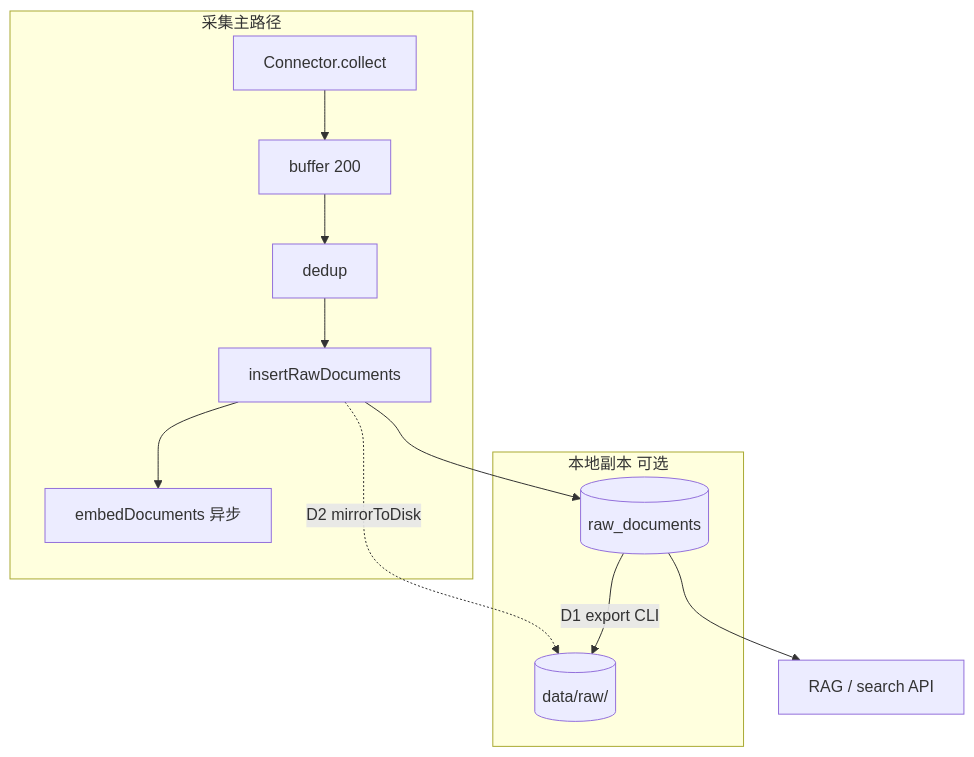
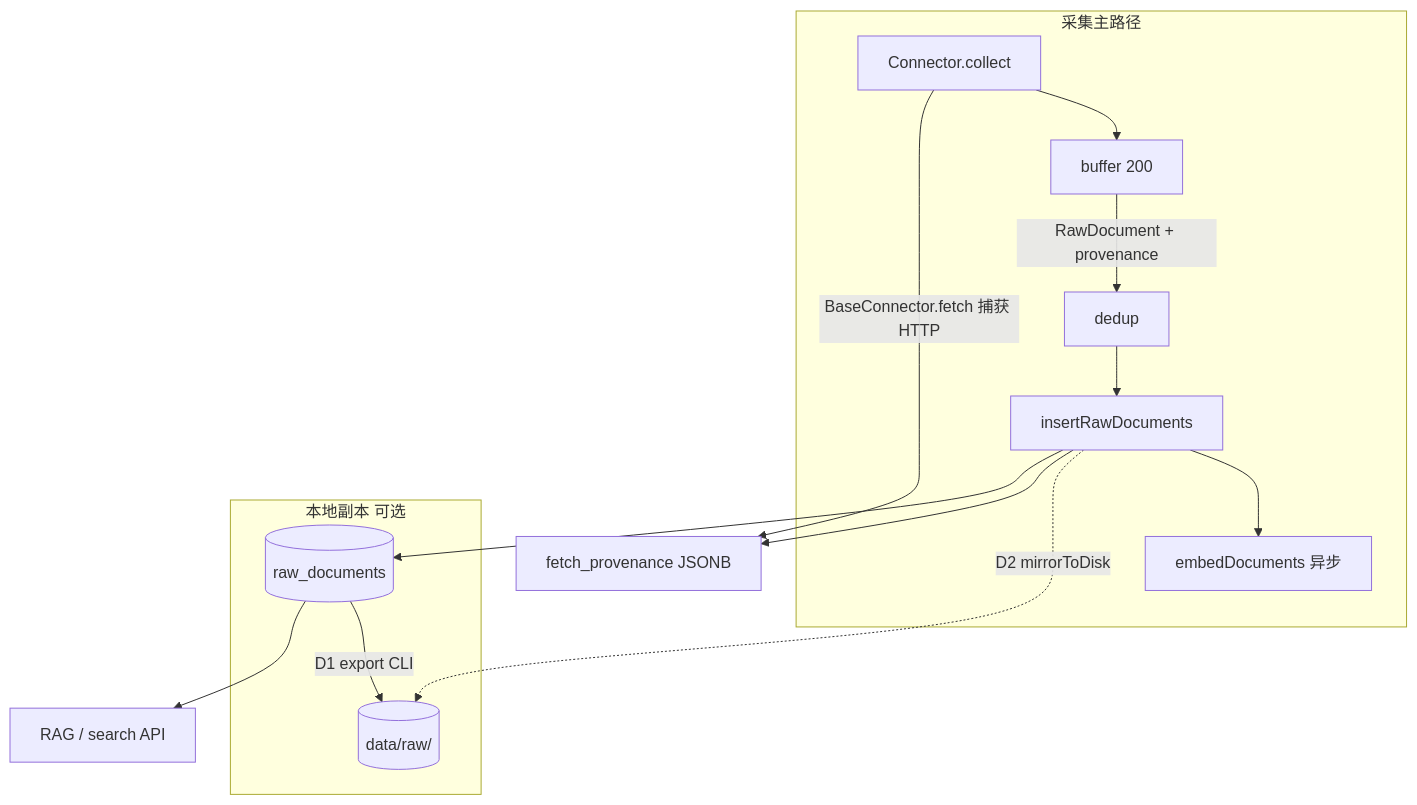
The first of 2 diagrams in docs/plans/原始数据本地导出与镜像方案.md (wwhdx/data-platform), drawn with Mermaid before and after one commit. The commit also changed other lines of this file and 5 other files, not shown here.

````diff
--- a/docs/plans/原始数据本地导出与镜像方案.md
+++ b/docs/plans/原始数据本地导出与镜像方案.md
@@ -44,15 +44,17 @@
 ```mermaid
 flowchart TB
   subgraph collect [采集主路径]
     C[Connector.collect] --> B[buffer 200]
-    B --> D[dedup]
+    B -->|RawDocument + provenance| D[dedup]
     D --> I[insertRawDocuments]
     I --> E[embedDocuments 异步]
   end
   subgraph local [本地副本 可选]
     I -.->|D2 mirrorToDisk| FS[(data/raw/)]
     DB[(raw_documents)] -->|D1 export CLI| FS
   end
-  I --> DB
+  C -->|BaseConnector.fetch 捕获 HTTP| P[fetch_provenance JSONB]
+  I --> P
+  I --> DB[(raw_documents)]
   DB --> RAG[RAG / search API]
 ```
````
